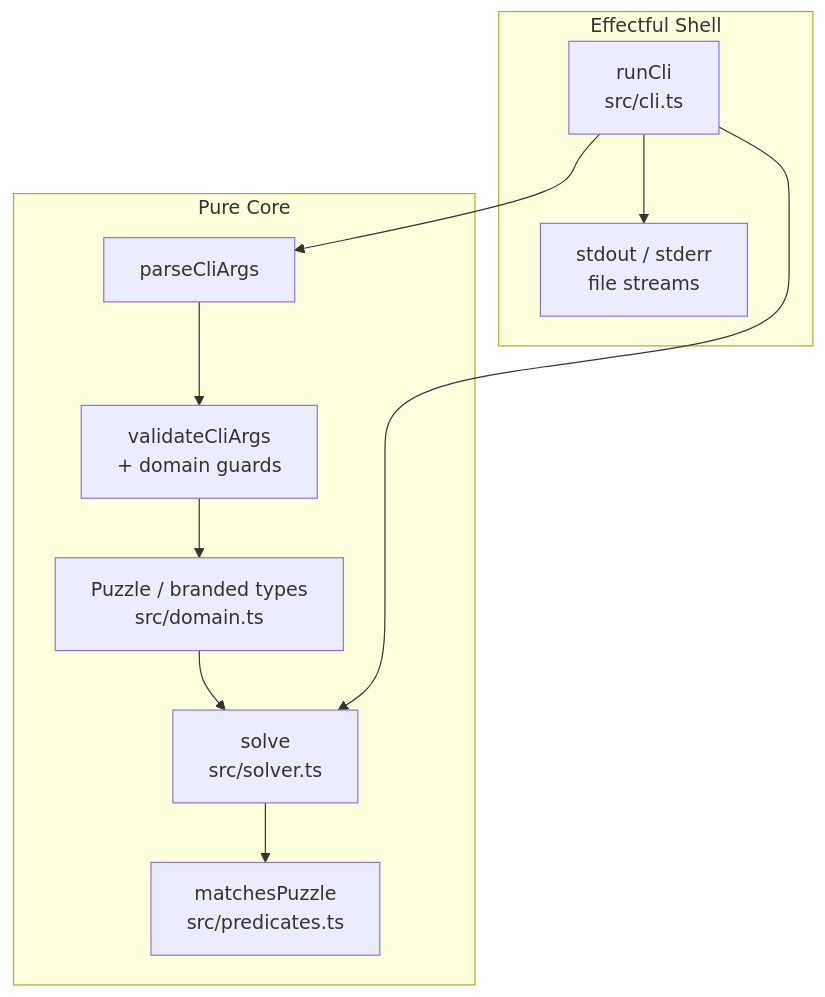
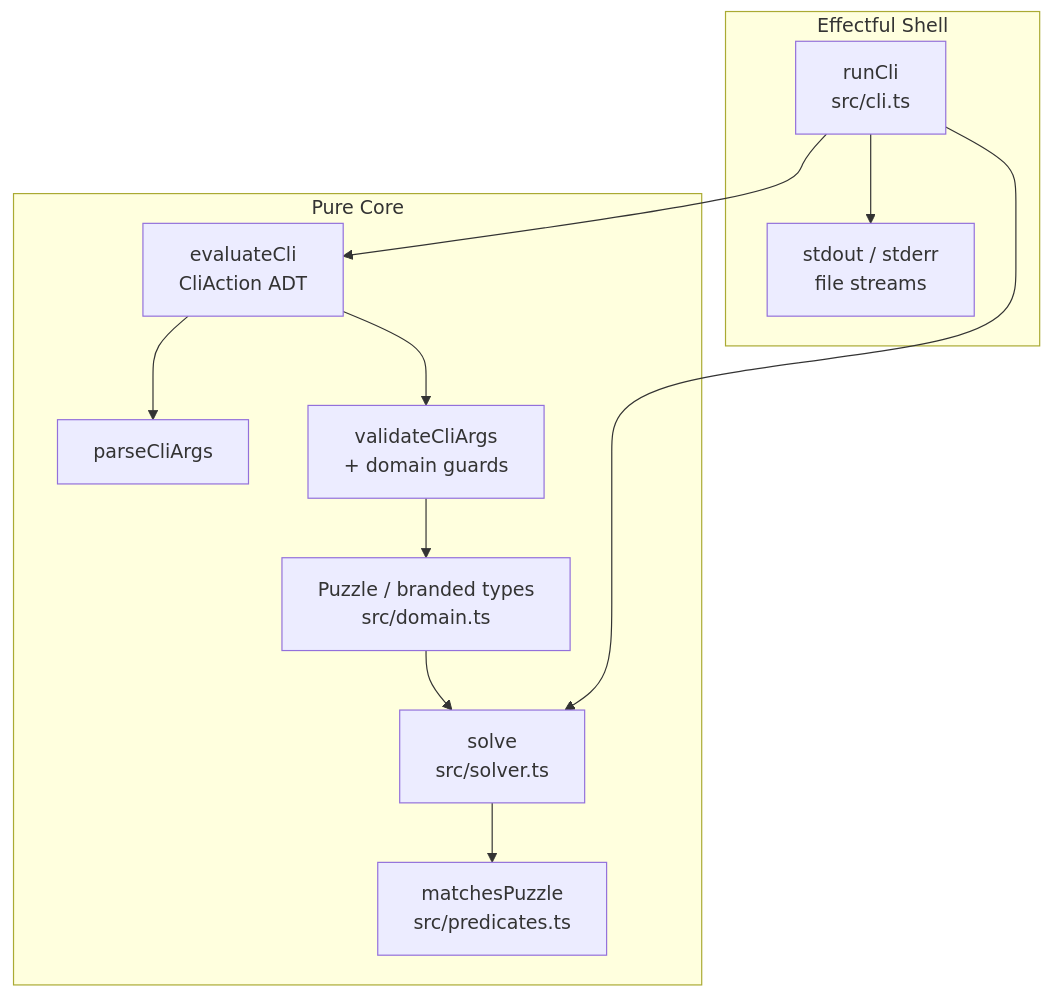
The second of 2 diagrams in README.md (frankhjung/typescript-wordpuzzle), drawn with Mermaid before and after one commit. The commit also changed other lines of this file and 5 other files, not shown here.

Commit message:
feat: introduce pure CLI action evaluator and update architecture documentation

````diff
--- a/README.md
+++ b/README.md
@@ -269,23 +276,25 @@
 ```mermaid
 flowchart TB
     subgraph Shell[Effectful Shell]
         CLI["runCli<br/>src/cli.ts"]
         IO["stdout / stderr<br/>file streams"]
     end
 
     subgraph Core[Pure Core]
+        Eval["evaluateCli<br/>CliAction ADT"]
         Parse[parseCliArgs]
         Validate["validateCliArgs<br/>+ domain guards"]
         Domain["Puzzle / branded types<br/>src/domain.ts"]
         Solver["solve<br/>src/solver.ts"]
         Pred["matchesPuzzle<br/>src/predicates.ts"]
     end
 
-    CLI --> Parse
-    Parse --> Validate
+    CLI --> Eval
+    Eval --> Parse
+    Eval --> Validate
     Validate --> Domain
     Domain --> Solver
     Solver --> Pred
     CLI --> IO
     CLI --> Solver
 ```
````
